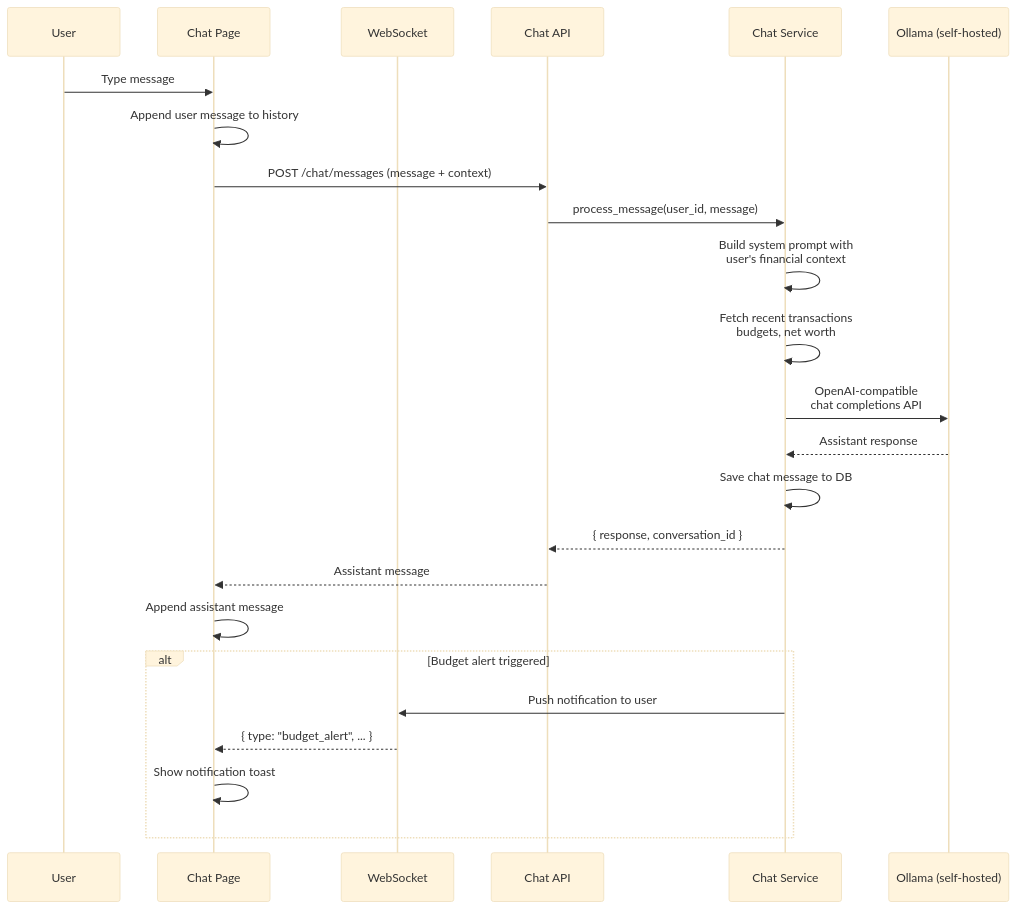
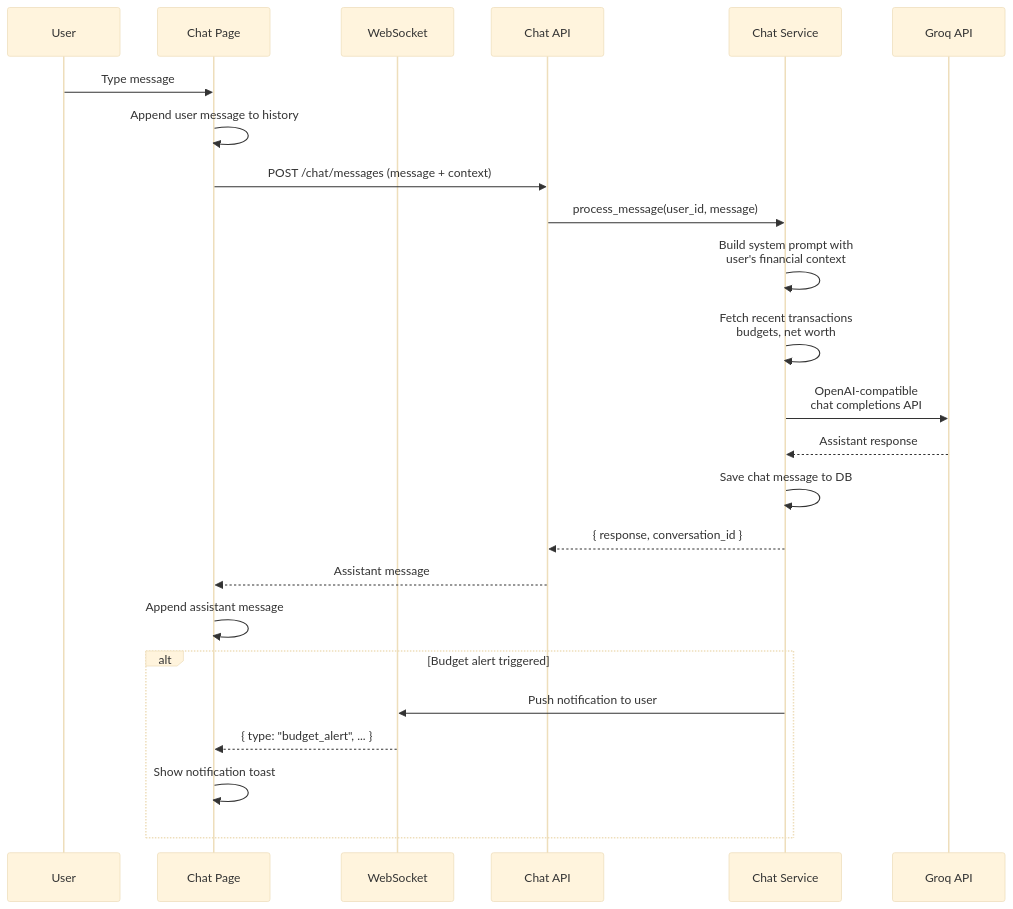
Before and after one commit to MuzafferDemirhan/wealthflow: the first of 5 diagrams in docs/sprint-4.md, drawn with Mermaid (base theme). The commit also changed other lines of this file and 51 other files, not shown here.

````diff
--- a/docs/sprint-4.md
+++ b/docs/sprint-4.md
@@ -8,30 +8,30 @@
 ```mermaid
 sequenceDiagram
     participant User as User
     participant Chat as Chat Page
     participant WS as WebSocket
     participant API as Chat API
     participant Service as Chat Service
-    participant Ollama as Ollama (self-hosted)
+    participant LLM as Groq API
 
     User->>Chat: Type message
     Chat->>Chat: Append user message to history
     Chat->>API: POST /chat/messages (message + context)
     API->>Service: process_message(user_id, message)
 
     Service->>Service: Build system prompt with<br/>user's financial context
     Service->>Service: Fetch recent transactions<br/>budgets, net worth
-    Service->>Ollama: OpenAI-compatible<br/>chat completions API
-    Ollama-->>Service: Assistant response
+    Service->>LLM: OpenAI-compatible<br/>chat completions API
+    LLM-->>Service: Assistant response
 
     Service->>Service: Save chat message to DB
     Service-->>API: { response, conversation_id }
     API-->>Chat: Assistant message
     Chat->>Chat: Append assistant message
 
     alt Budget alert triggered
         Service->>WS: Push notification to user
         WS-->>Chat: { type: "budget_alert", ... }
         Chat->>Chat: Show notification toast
     end
 ```
````
